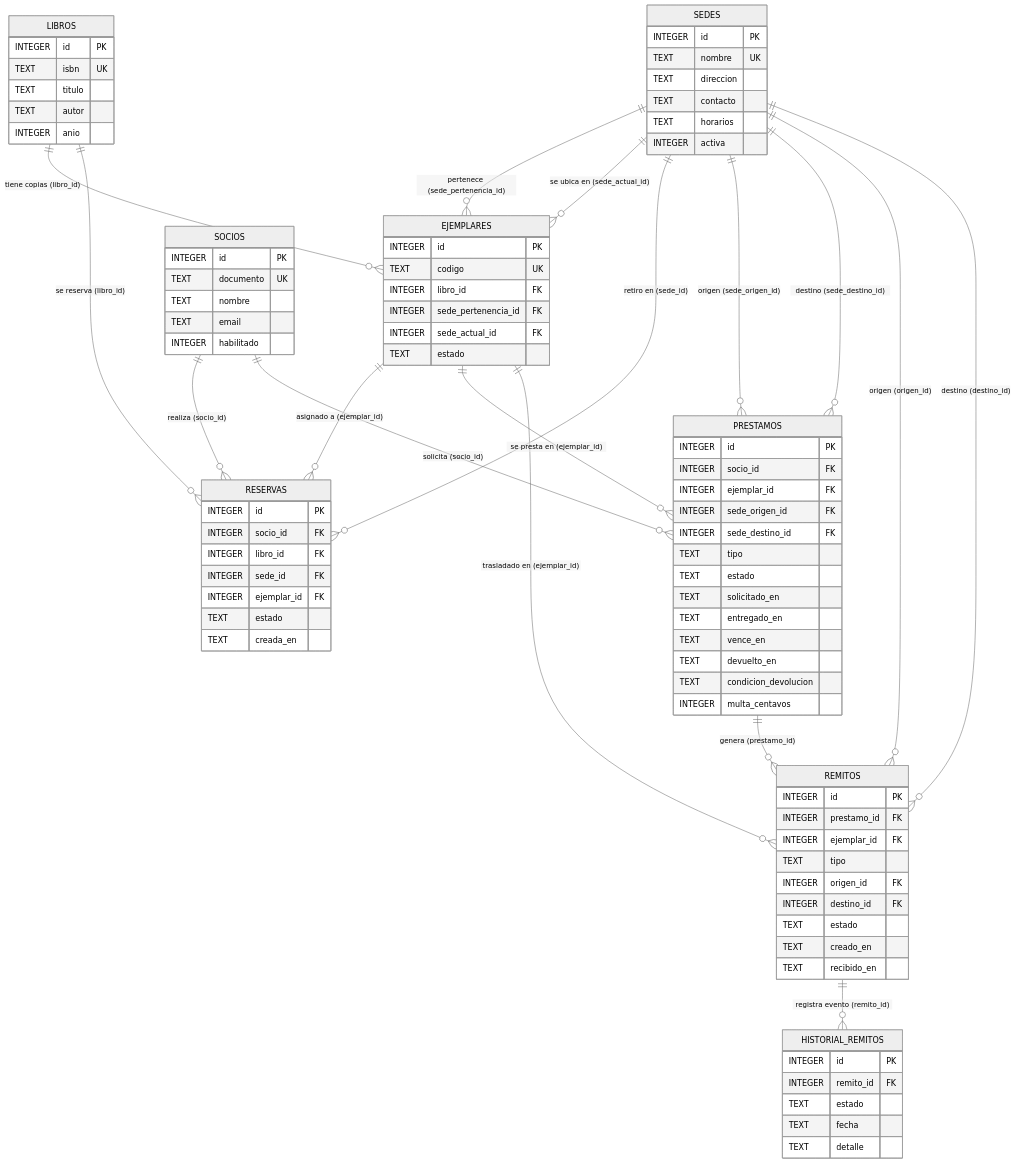
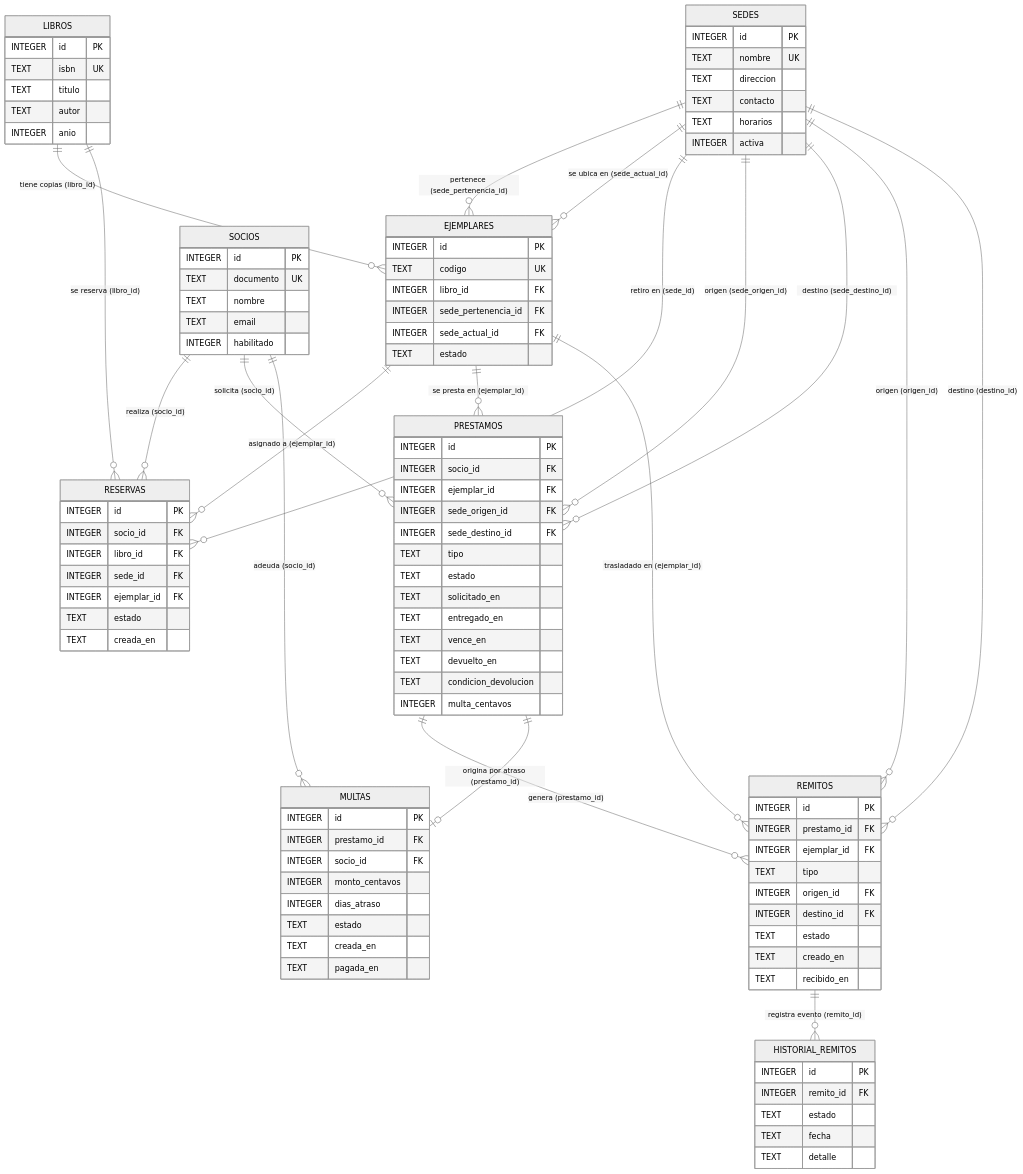
One commit to PedroGonzalezC/TPI_DAO_4K2_2026 changed the first of 3 diagrams in DISEÑO.md. Above: the diagram before and after it, drawn with Mermaid (neutral theme). The commit also changed other lines of this file and 30 other files, not shown here.

Commit message:
mejora de multas y cambios en la la foram del prestamo

```diff
--- a/DISEÑO.md
+++ b/DISEÑO.md
@@ -36,6 +36,8 @@
     EJEMPLARES ||--o{ REMITOS : "trasladado en (ejemplar_id)"
 
     PRESTAMOS ||--o{ REMITOS : "genera (prestamo_id)"
+    PRESTAMOS ||--o| MULTAS : "origina por atraso (prestamo_id)"
+    SOCIOS ||--o{ MULTAS : "adeuda (socio_id)"
     REMITOS ||--o{ HISTORIAL_REMITOS : "registra evento (remito_id)"
 
     SEDES {
@@ -110,6 +112,17 @@
         TEXT recibido_en
     }
 
+    MULTAS {
+        INTEGER id PK
+        INTEGER prestamo_id FK
+        INTEGER socio_id FK
+        INTEGER monto_centavos
+        INTEGER dias_atraso
+        TEXT estado
+        TEXT creada_en
+        TEXT pagada_en
+    }
+
     HISTORIAL_REMITOS {
         INTEGER id PK
         INTEGER remito_id FK
```
